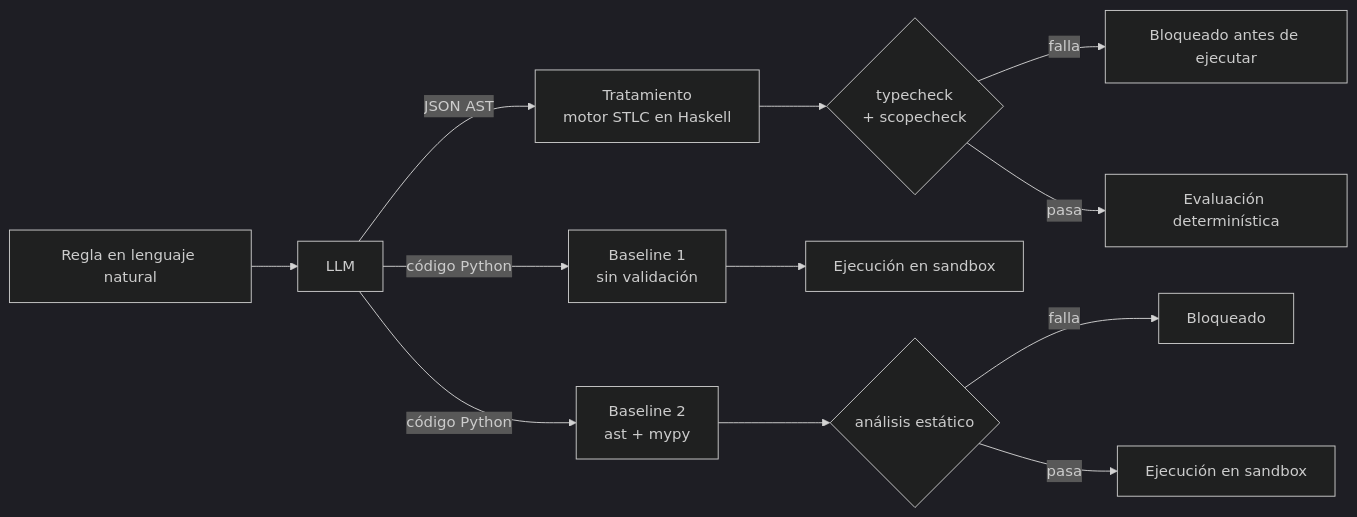
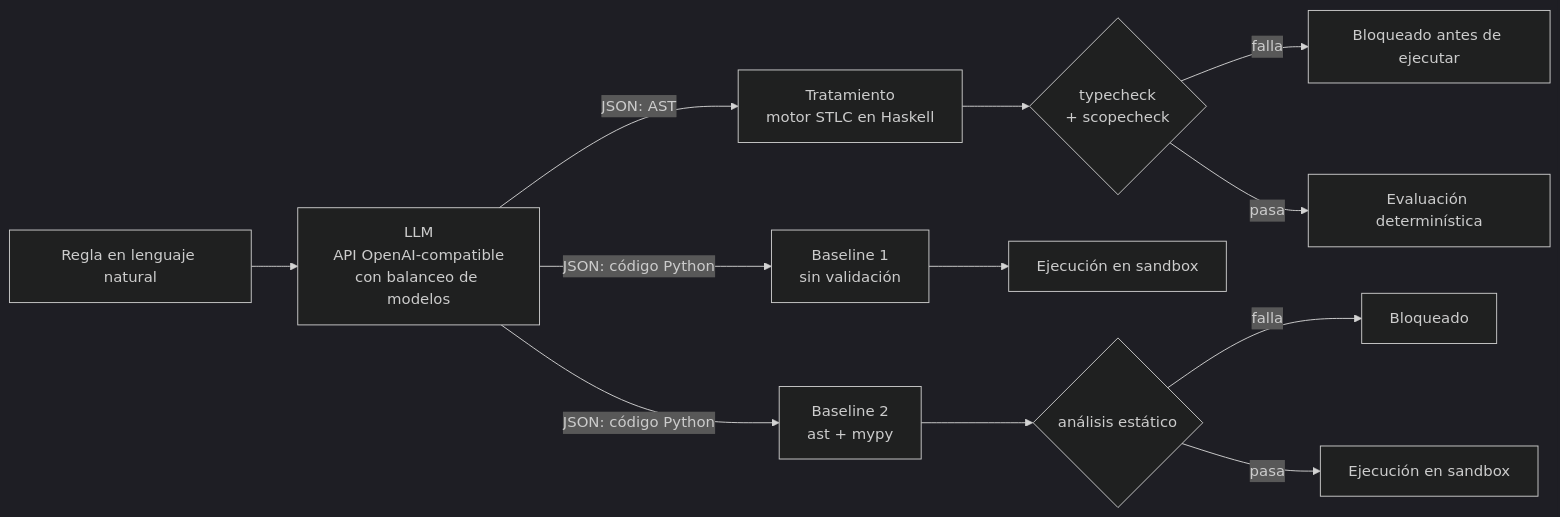
The diagram in README.md (chinoavila/llm-lambda-determinism-verifier), drawn with Mermaid (dark theme) before and after one commit. The commit also changed other lines of this file and 14 other files, not shown here.

First line of the commit message:
feat: implementación del cliente LLM agnóstico con balanceo de modelos y configuración a través de TOML

````diff
--- a/README.md
+++ b/README.md
@@ -19,17 +19,17 @@
 ```mermaid
 flowchart LR
-    NL["Regla en lenguaje natural"] --> LLM["LLM"]
+    NL["Regla en lenguaje natural"] --> LLM["LLM<br/>API OpenAI-compatible<br/>con balanceo de modelos"]
 
-    LLM -->|"JSON AST"| T["Tratamiento<br/>motor STLC en Haskell"]
-    LLM -->|"código Python"| B1["Baseline 1<br/>sin validación"]
-    LLM -->|"código Python"| B2["Baseline 2<br/>ast + mypy"]
+    LLM -->|"JSON: AST"| T["Tratamiento<br/>motor STLC en Haskell"]
+    LLM -->|"JSON: código Python"| B1["Baseline 1<br/>sin validación"]
+    LLM -->|"JSON: código Python"| B2["Baseline 2<br/>ast + mypy"]
 
     T --> TC{"typecheck<br/>+ scopecheck"}
     TC -->|"falla"| BLOQ["Bloqueado antes de ejecutar"]
     TC -->|"pasa"| EVAL["Evaluación determinística"]
 
     B1 --> SBX1["Ejecución en sandbox"]
     B2 --> SC{"análisis estático"}
     SC -->|"falla"| BLOQ2["Bloqueado"]
     SC -->|"pasa"| SBX2["Ejecución en sandbox"]
 ```
````
